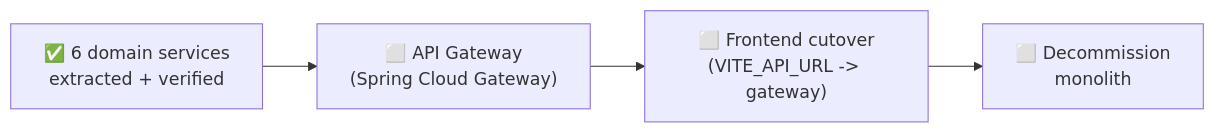
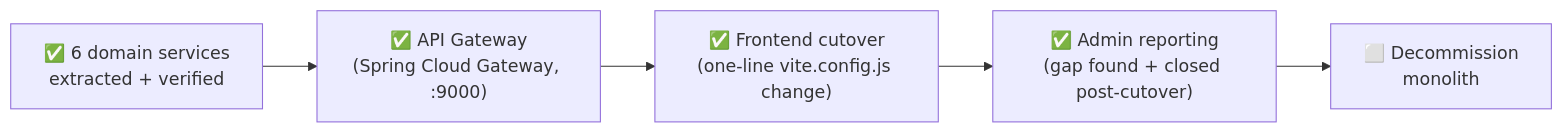
Before and after one commit to 11KAlYAN11/EcommerceEnd2EndApp: the ninth of 9 diagrams in docs/MIGRATION.md, drawn with Mermaid. The commit also changed other lines of this file and 30 other files, not shown here.

````diff
--- a/docs/MIGRATION.md
+++ b/docs/MIGRATION.md
@@ -213,6 +217,7 @@
 ```mermaid
 flowchart LR
-    A["✅ 6 domain services<br/>extracted + verified"] --> B["⬜ API Gateway<br/>(Spring Cloud Gateway)"]
-    B --> C["⬜ Frontend cutover<br/>(VITE_API_URL -> gateway)"]
-    C --> D["⬜ Decommission<br/>monolith"]
+    A["✅ 6 domain services<br/>extracted + verified"] --> B["✅ API Gateway<br/>(Spring Cloud Gateway, :9000)"]
+    B --> C["✅ Frontend cutover<br/>(one-line vite.config.js change)"]
+    C --> E["✅ Admin reporting<br/>(gap found + closed post-cutover)"]
+    E --> D["⬜ Decommission<br/>monolith"]
 ```
````
